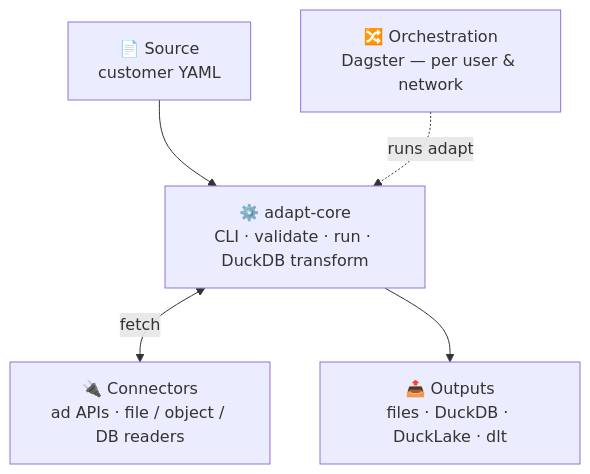
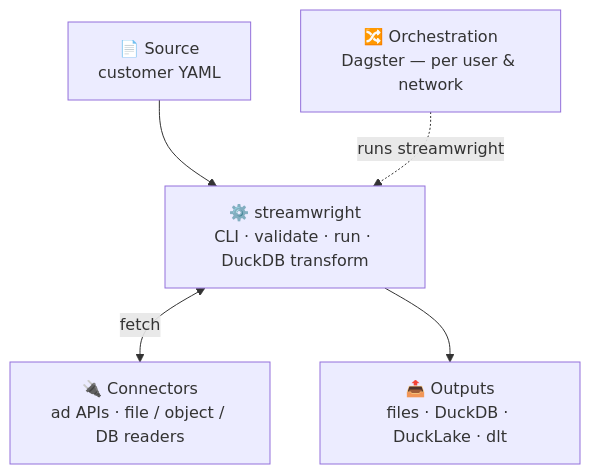
The first of 5 diagrams in docs/architecture.md (karthick-jaganathan/ADaPT-ETL), drawn with Mermaid before and after one commit. The commit also changed other lines of this file and 274 other files, not shown here.

````diff
--- a/docs/architecture.md
+++ b/docs/architecture.md
@@ -30,13 +30,13 @@
 ```mermaid
 flowchart TB
     SRC["📄 Source<br/>customer YAML"]
-    CORE["⚙️ adapt-core<br/>CLI · validate · run · DuckDB transform"]
+    CORE["⚙️ streamwright<br/>CLI · validate · run · DuckDB transform"]
     CONN["🔌 Connectors<br/>ad APIs · file / object / DB readers"]
     OUT["📤 Outputs<br/>files · DuckDB · DuckLake · dlt"]
     ORCH["🔀 Orchestration<br/>Dagster — per user & network"]
 
     SRC --> CORE
     CORE <-->|fetch| CONN
     CORE --> OUT
-    ORCH -.->|runs adapt| CORE
+    ORCH -.->|runs streamwright| CORE
 ```
````
